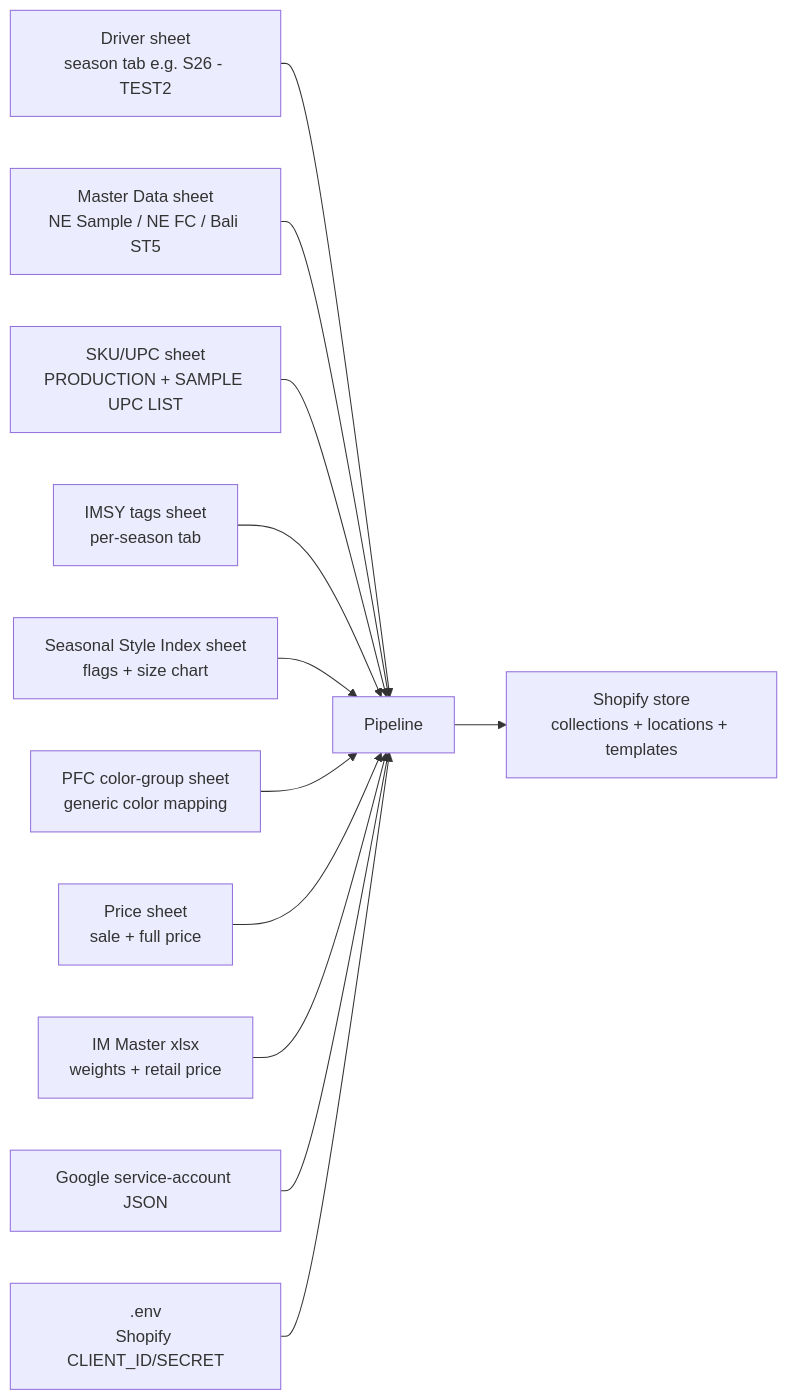
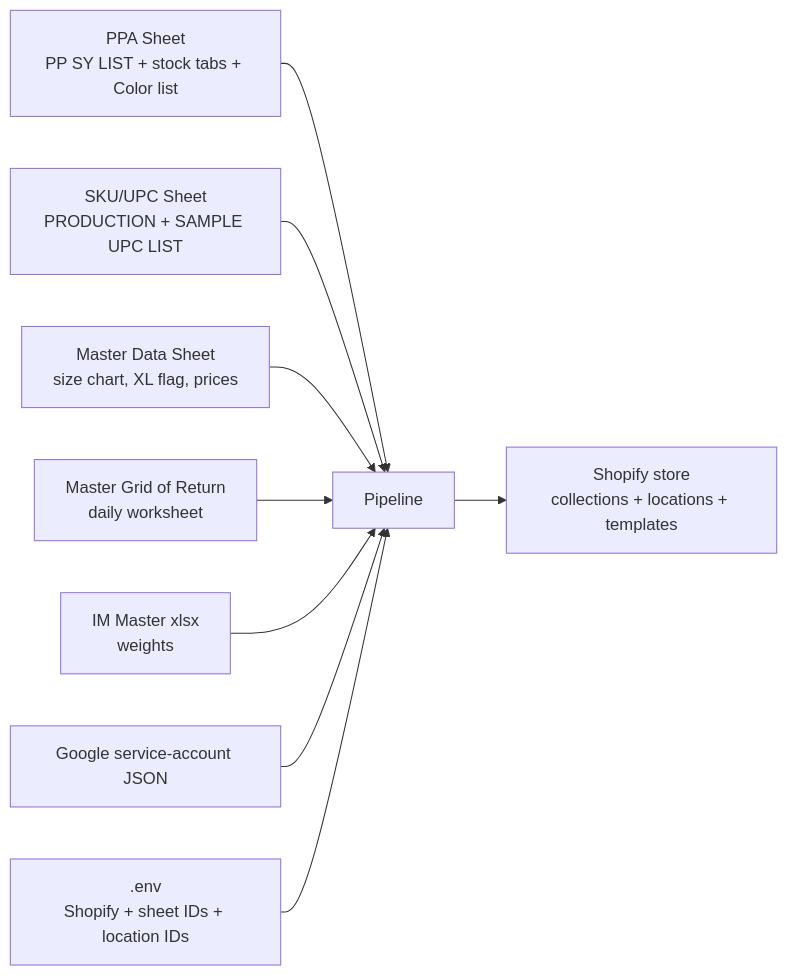
One commit to Wooden-Ships-Knits/product-page-automation changed the diagram in PPA_DATA_PREP.md. Above: the diagram before and after it, drawn with Mermaid. The commit also changed other lines of this file and 1 other file, not shown here.

````diff
--- a/PPA_DATA_PREP.md
+++ b/PPA_DATA_PREP.md
@@ -11,14 +11,11 @@
 ```mermaid
 flowchart LR
-    DRIVER[Driver sheet<br/>season tab e.g. S26 - TEST2] --> PIPE[Pipeline]
-    MD[Master Data sheet<br/>NE Sample / NE FC / Bali ST5] --> PIPE
-    UPC[SKU/UPC sheet<br/>PRODUCTION + SAMPLE UPC LIST] --> PIPE
-    IMSY[IMSY tags sheet<br/>per-season tab] --> PIPE
-    SSI[Seasonal Style Index sheet<br/>flags + size chart] --> PIPE
-    PFC[PFC color-group sheet<br/>generic color mapping] --> PIPE
-    PRICE[Price sheet<br/>sale + full price] --> PIPE
-    IMX[IM Master xlsx<br/>weights + retail price] --> PIPE
+    PPA[PPA Sheet<br/>PP SY LIST + stock tabs + Color list] --> PIPE[Pipeline]
+    UPC[SKU/UPC Sheet<br/>PRODUCTION + SAMPLE UPC LIST] --> PIPE
+    MD[Master Data Sheet<br/>size chart, XL flag, prices] --> PIPE
+    RET[Master Grid of Return<br/>daily worksheet] --> PIPE
+    IMX[IM Master xlsx<br/>weights] --> PIPE
     SVC[Google service-account JSON] --> PIPE
-    ENV[.env<br/>Shopify CLIENT_ID/SECRET] --> PIPE
+    ENV[.env<br/>Shopify + sheet IDs + location IDs] --> PIPE
     PIPE --> SHOP[Shopify store<br/>collections + locations + templates]
 ```
````
